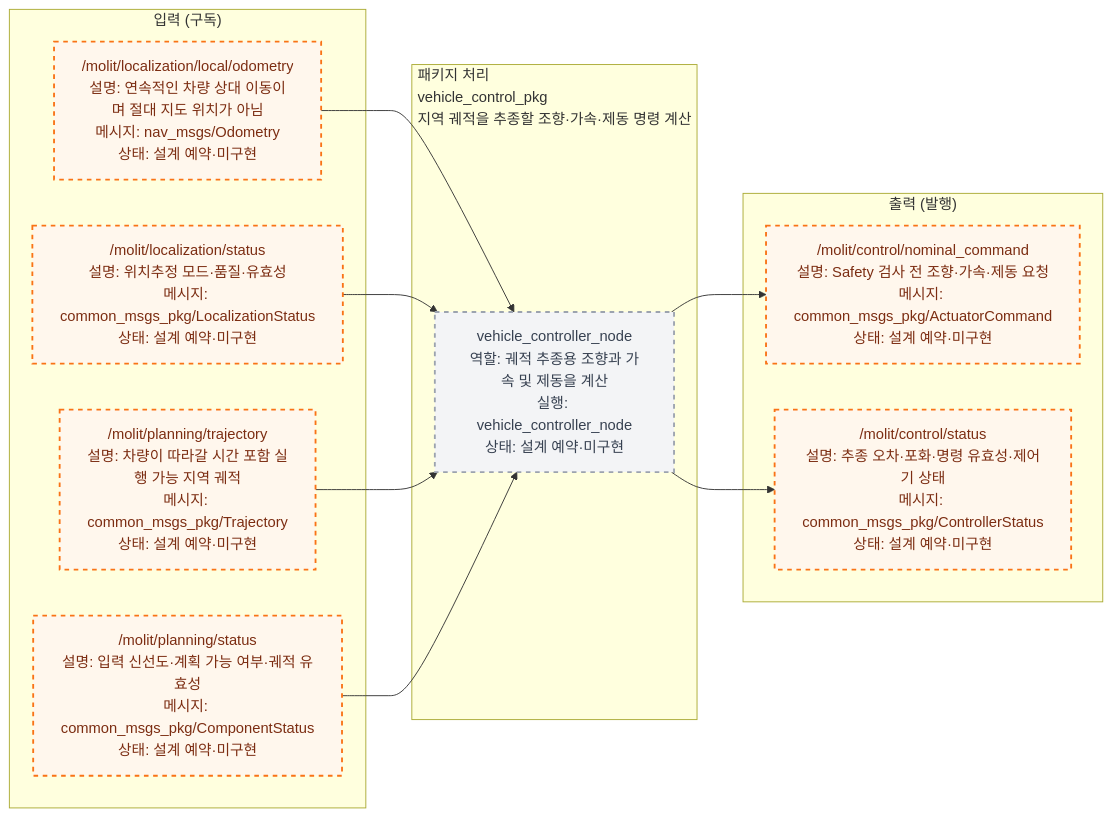
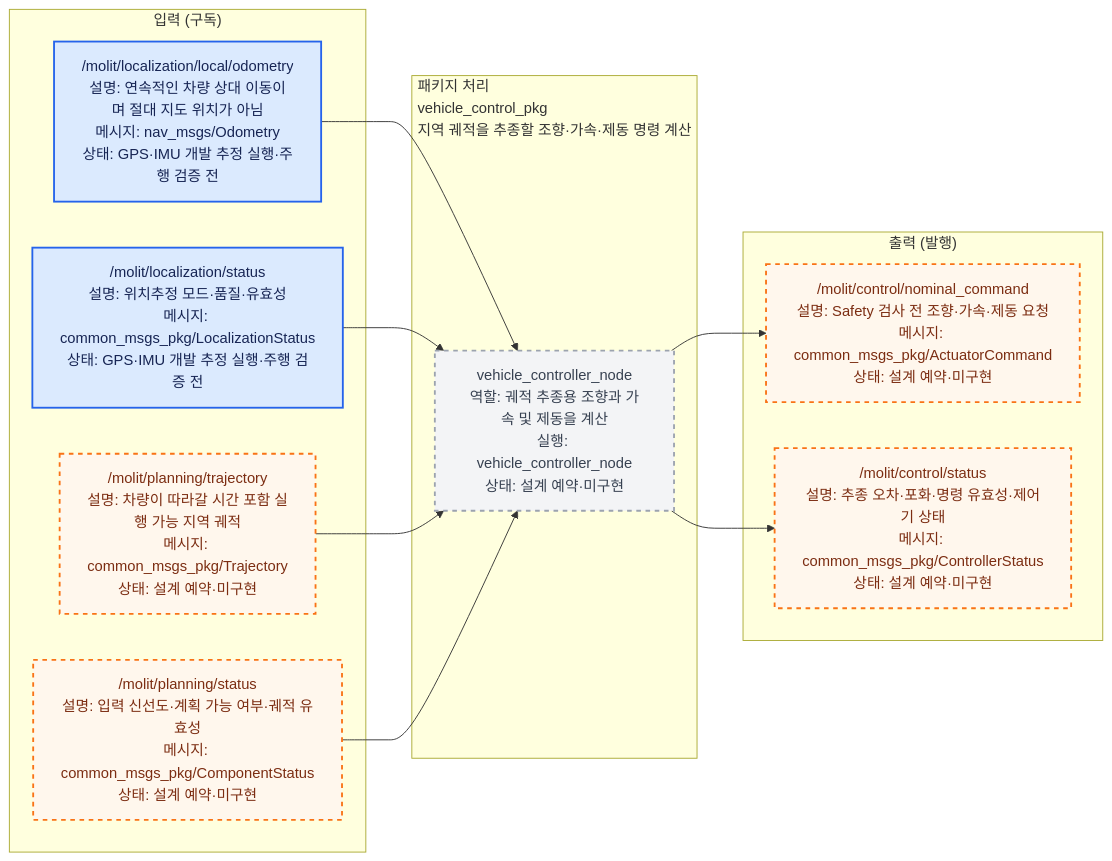
The diagram in src/vehicle_control_pkg/docs/interface_io.mmd (Team-Stier/Morai_Sim_team2), drawn with Mermaid before and after one commit. The commit also changed 145 other files, not shown here.

```diff
--- a/src/vehicle_control_pkg/docs/interface_io.mmd
+++ b/src/vehicle_control_pkg/docs/interface_io.mmd
@@ -1,38 +1,38 @@
 %% AUTO-GENERATED by ros_architecture_pkg/scripts/generate_interface_diagrams.py. DO NOT EDIT.
 %% Source of truth: ros_architecture_pkg/config/interface_contract.yaml
 flowchart LR
     classDef liveNode fill:#dcfce7,color:#14532d,stroke:#16a34a,stroke-width:2px;
     classDef reservedNode fill:#f3f4f6,color:#374151,stroke:#9ca3af,stroke-width:2px,stroke-dasharray: 5 5;
     classDef liveTopic fill:#dbeafe,color:#172554,stroke:#2563eb,stroke-width:2px;
     classDef reservedTopic fill:#fff7ed,color:#7c2d12,stroke:#f97316,stroke-width:2px,stroke-dasharray: 5 5;
     classDef emptyPort fill:#ffffff,color:#6b7280,stroke:#d1d5db,stroke-dasharray: 3 3;
     classDef externalEndpoint fill:#f3e8ff,color:#581c87,stroke:#9333ea,stroke-width:3px;
 
     subgraph INPUTS["입력 (구독)"]
-        input_000["/molit/localization/local/odometry<br/>설명: 연속적인 차량 상대 이동이며 절대 지도 위치가 아님<br/>메시지: nav_msgs/Odometry<br/>상태: 설계 예약·미구현"]
-        input_001["/molit/localization/status<br/>설명: 위치추정 모드·품질·유효성<br/>메시지: common_msgs_pkg/LocalizationStatus<br/>상태: 설계 예약·미구현"]
+        input_000["/molit/localization/local/odometry<br/>설명: 연속적인 차량 상대 이동이며 절대 지도 위치가 아님<br/>메시지: nav_msgs/Odometry<br/>상태: GPS·IMU 개발 추정 실행·주행 검증 전"]
+        input_001["/molit/localization/status<br/>설명: 위치추정 모드·품질·유효성<br/>메시지: common_msgs_pkg/LocalizationStatus<br/>상태: GPS·IMU 개발 추정 실행·주행 검증 전"]
         input_002["/molit/planning/trajectory<br/>설명: 차량이 따라갈 시간 포함 실행 가능 지역 궤적<br/>메시지: common_msgs_pkg/Trajectory<br/>상태: 설계 예약·미구현"]
         input_003["/molit/planning/status<br/>설명: 입력 신선도·계획 가능 여부·궤적 유효성<br/>메시지: common_msgs_pkg/ComponentStatus<br/>상태: 설계 예약·미구현"]
     end
     subgraph PACKAGE["패키지 처리<br/>vehicle_control_pkg<br/>지역 궤적을 추종할 조향·가속·제동 명령 계산"]
         local_node_000["vehicle_controller_node<br/>역할: 궤적 추종용 조향과 가속 및 제동을 계산<br/>실행: vehicle_controller_node<br/>상태: 설계 예약·미구현"]
     end
     subgraph OUTPUTS["출력 (발행)"]
         output_000["/molit/control/nominal_command<br/>설명: Safety 검사 전 조향·가속·제동 요청<br/>메시지: common_msgs_pkg/ActuatorCommand<br/>상태: 설계 예약·미구현"]
         output_001["/molit/control/status<br/>설명: 추종 오차·포화·명령 유효성·제어기 상태<br/>메시지: common_msgs_pkg/ControllerStatus<br/>상태: 설계 예약·미구현"]
     end
 
     input_000 --> local_node_000
     input_001 --> local_node_000
     input_002 --> local_node_000
     input_003 --> local_node_000
     local_node_000 --> output_000
     local_node_000 --> output_001
 
     class local_node_000 reservedNode;
-    class input_000 reservedTopic;
-    class input_001 reservedTopic;
+    class input_000 liveTopic;
+    class input_001 liveTopic;
     class input_002 reservedTopic;
     class input_003 reservedTopic;
     class output_000 reservedTopic;
     class output_001 reservedTopic;
```
